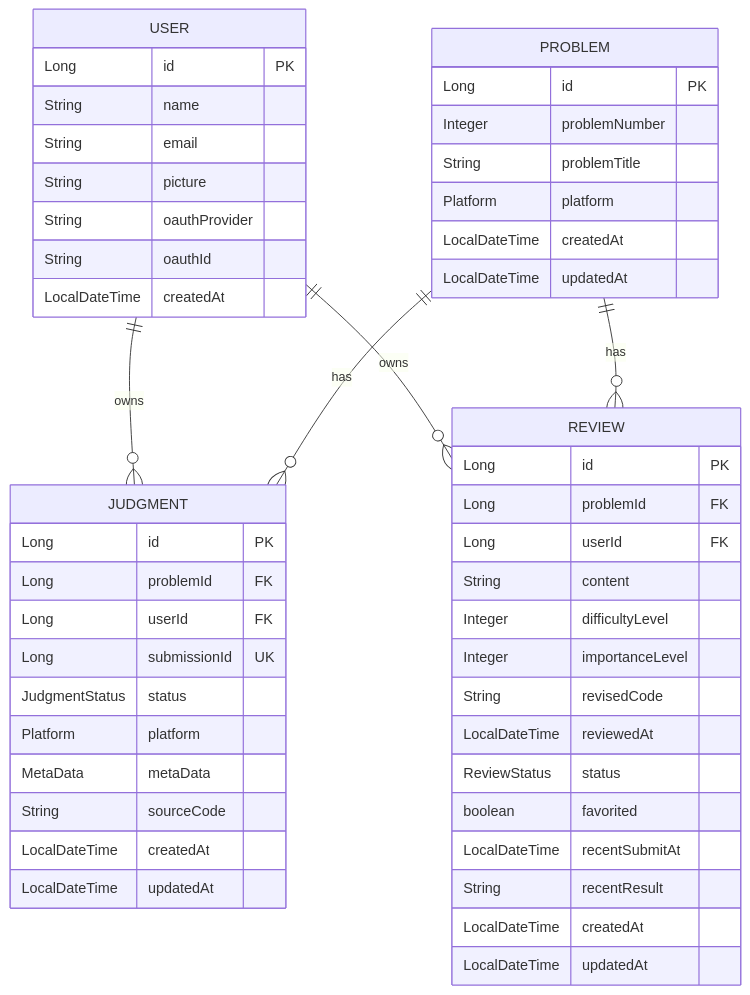
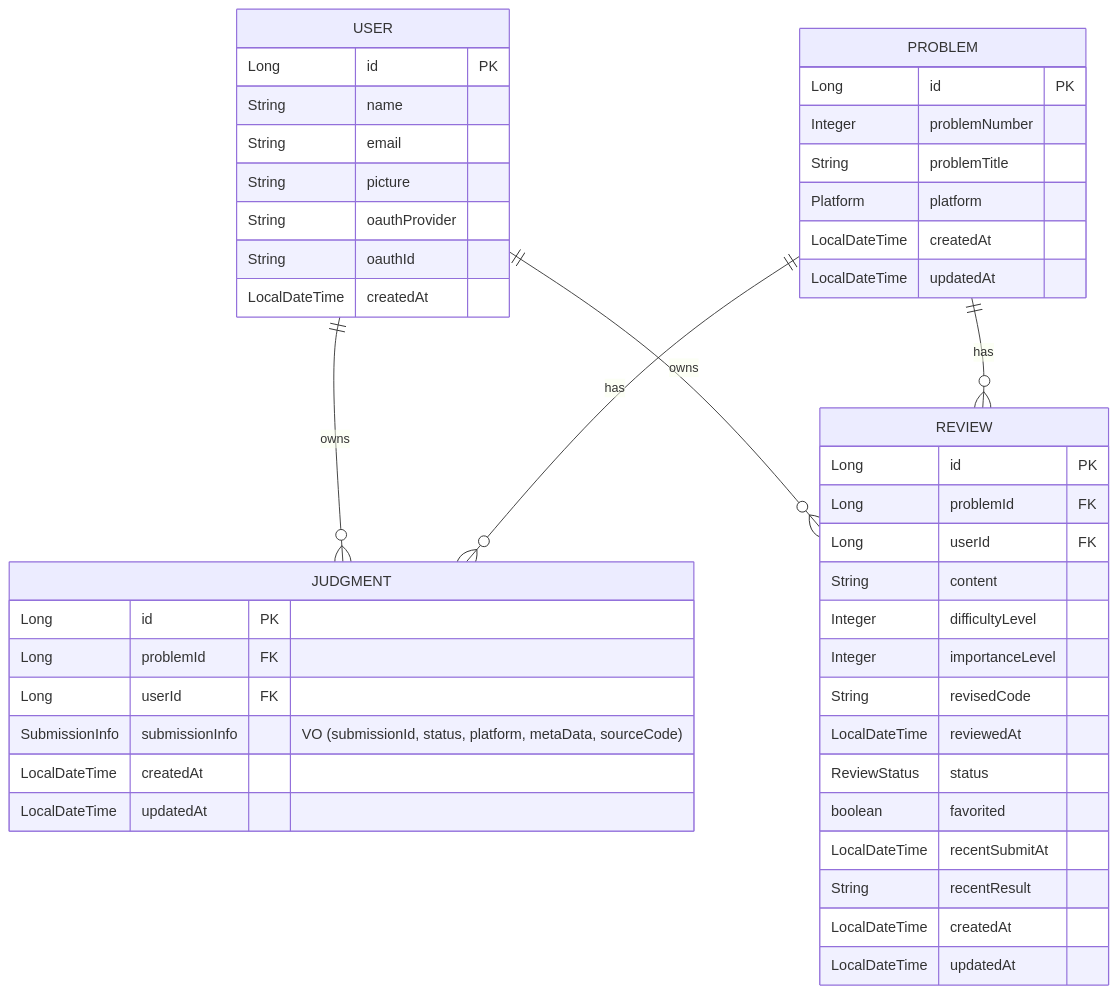
Before and after one commit to zzoe2346/MyCodingTest_BACKEND: the diagram in README.md, drawn with Mermaid. The commit also changed other lines of this file, not shown here.

````diff
--- a/README.md
+++ b/README.md
@@ -156,56 +157,52 @@
 ```mermaid
 erDiagram
     USER {
         Long id PK
         String name
         String email
         String picture
         String oauthProvider
         String oauthId
         LocalDateTime createdAt
     }
 
     PROBLEM {
         Long id PK
         Integer problemNumber
         String problemTitle
         Platform platform
         LocalDateTime createdAt
         LocalDateTime updatedAt
     }
 
     JUDGMENT {
         Long id PK
         Long problemId FK
         Long userId FK
-        Long submissionId UK
-        JudgmentStatus status
-        Platform platform
-        MetaData metaData
-        String sourceCode
+        SubmissionInfo submissionInfo "VO (submissionId, status, platform, metaData, sourceCode)"
         LocalDateTime createdAt
         LocalDateTime updatedAt
     }
 
     REVIEW {
         Long id PK
         Long problemId FK
         Long userId FK
         String content
         Integer difficultyLevel
         Integer importanceLevel
         String revisedCode
         LocalDateTime reviewedAt
         ReviewStatus status
         boolean favorited
         LocalDateTime recentSubmitAt
         String recentResult
         LocalDateTime createdAt
         LocalDateTime updatedAt
     }
 
     USER ||--o{ JUDGMENT : "owns"
     USER ||--o{ REVIEW : "owns"
     PROBLEM ||--o{ JUDGMENT : "has"
     PROBLEM ||--o{ REVIEW : "has"
 ```
````
